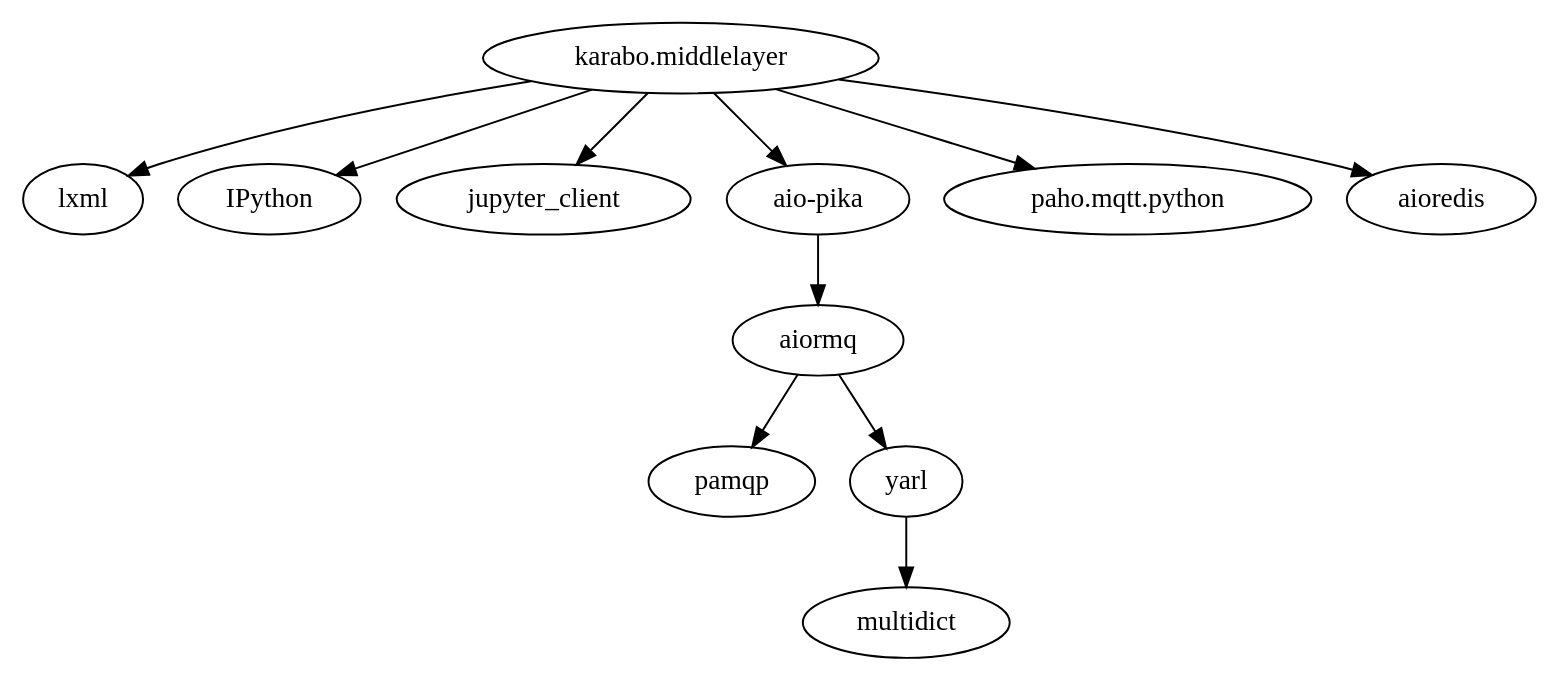
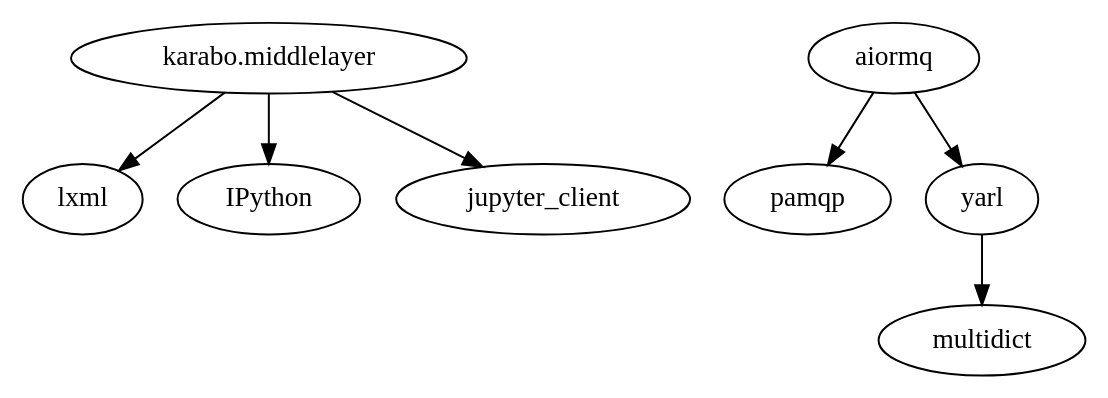
Before and after one commit to European-XFEL/Karabo: the sixth of 8 diagrams in doc/installation/dependency_management.rst, drawn with Graphviz. The commit also changed other lines of this file and 6 other files, not shown here.

```diff
--- a/doc/installation/dependency_management.rst
+++ b/doc/installation/dependency_management.rst
@@ -353,12 +346,8 @@
 .. digraph:: karabomiddlelayer_dependencies
 
     "karabo.middlelayer" -> "lxml"
     "karabo.middlelayer" -> "IPython"
     "karabo.middlelayer" -> "jupyter_client"
-    "karabo.middlelayer" -> "aio-pika"
-    "karabo.middlelayer" -> "paho.mqtt.python"
-    "karabo.middlelayer" -> "aioredis"
-    "aio-pika" -> "aiormq"
     "aiormq" -> "pamqp"
     "aiormq" -> "yarl"
     "yarl" -> "multidict"
```
